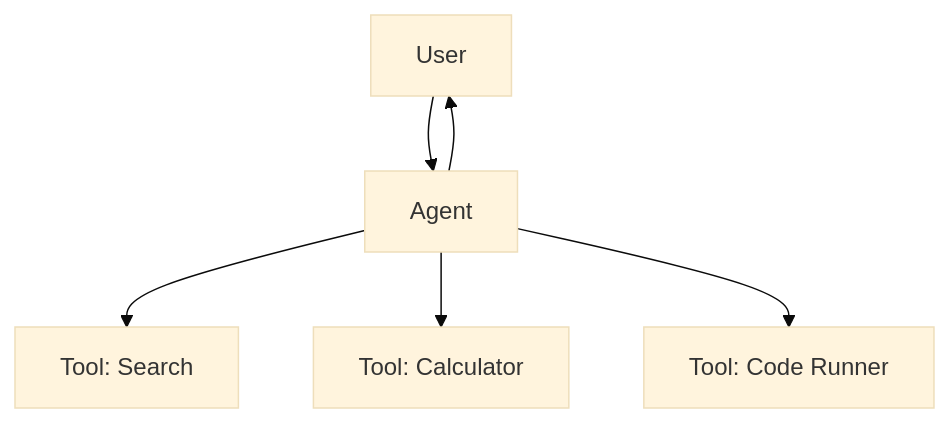
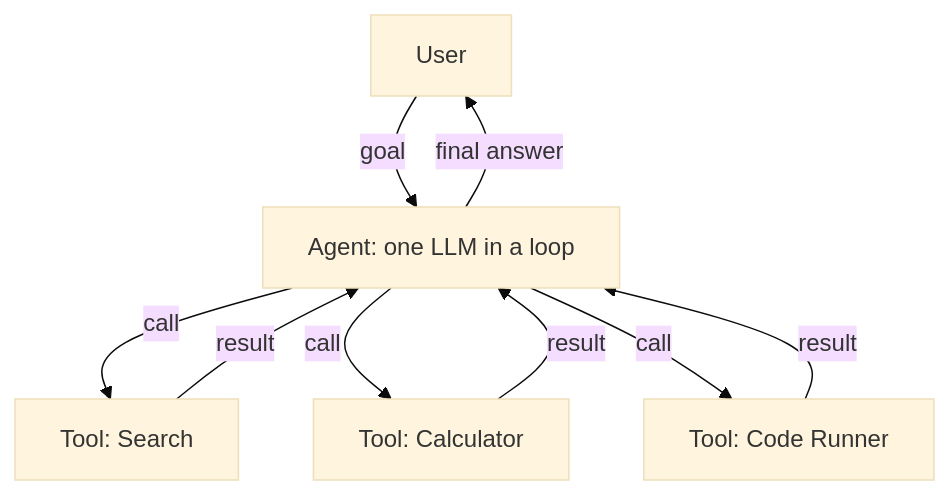
Before and after one commit to Hmago/ml4: the third of 7 diagrams in content/18_ai_agents.md, drawn with Mermaid (base theme). The commit also changed other lines of this file and 211 other files, not shown here.

````diff
--- a/content/18_ai_agents.md
+++ b/content/18_ai_agents.md
@@ -505,8 +963,11 @@
 ```mermaid
 graph TD
-    U[User] --> A[Agent]
-    A --> T1[Tool: Search]
-    A --> T2[Tool: Calculator]
-    A --> T3[Tool: Code Runner]
-    A --> U
+    U[User] -->|goal| A[Agent: one LLM in a loop]
+    A -->|call| T1[Tool: Search]
+    A -->|call| T2[Tool: Calculator]
+    A -->|call| T3[Tool: Code Runner]
+    T1 -->|result| A
+    T2 -->|result| A
+    T3 -->|result| A
+    A -->|final answer| U
 ```
````
